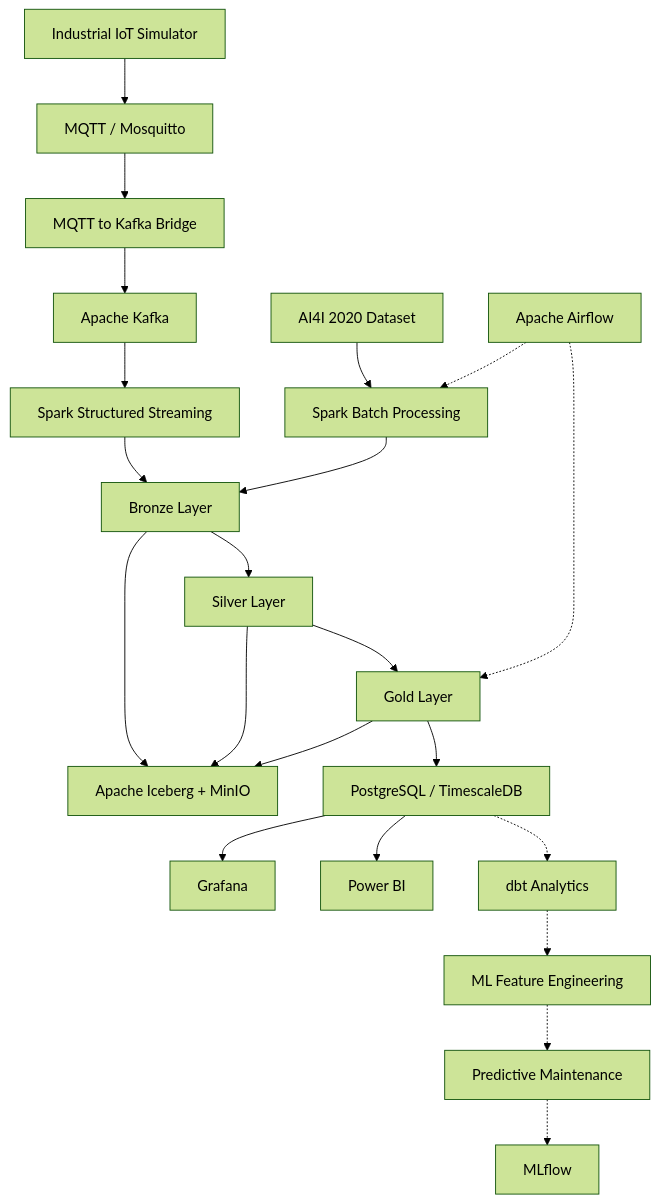
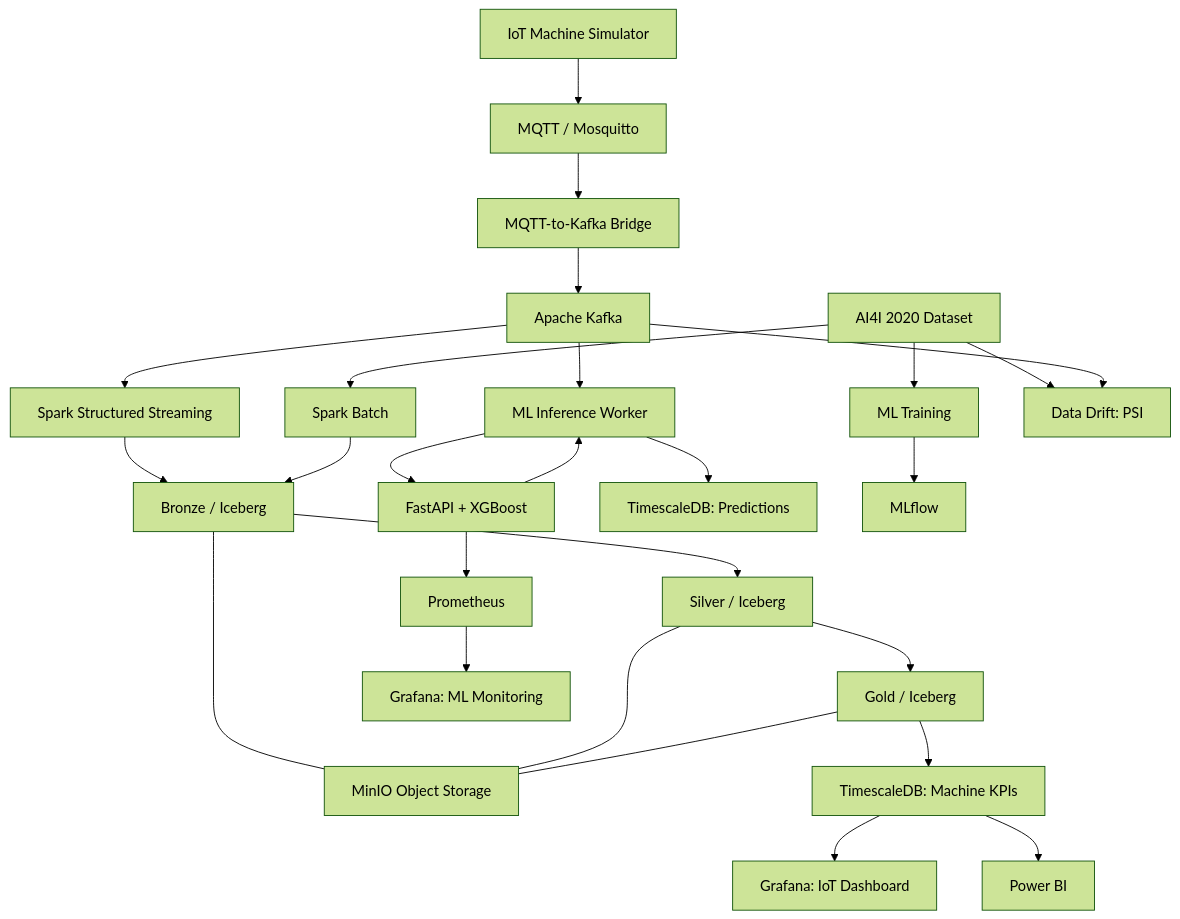
The diagram in README.md (oumaymazerrik/IndustryPulse-Industrial-IoT-Data-Platform), drawn with Mermaid (forest theme) before and after one commit. The commit also changed other lines of this file, not shown here.

````diff
--- a/README.md
+++ b/README.md
@@ -49,32 +18,28 @@
 ```mermaid
 flowchart TD
-    A["Industrial IoT Simulator"] --> B["MQTT / Mosquitto"]
-    B --> C["MQTT to Kafka Bridge"]
-    C --> D["Apache Kafka"]
-    D --> E["Spark Structured Streaming"]
-
-    F["AI4I 2020 Dataset"] --> G["Spark Batch Processing"]
-
-    E --> H["Bronze Layer"]
+    A[IoT Machine Simulator] --> B[MQTT / Mosquitto]
+    B --> C[MQTT-to-Kafka Bridge]
+    C --> D[Apache Kafka]
+    D --> E[Spark Structured Streaming]
+    F[AI4I 2020 Dataset] --> G[Spark Batch]
+    E --> H[Bronze / Iceberg]
     G --> H
-
-    H --> I["Silver Layer"]
-    I --> J["Gold Layer"]
-
-    H --> K["Apache Iceberg + MinIO"]
-    I --> K
-    J --> K
-
-    J --> L["PostgreSQL / TimescaleDB"]
-
-    L --> M["Grafana"]
-    L --> N["Power BI"]
-
-    L -.-> O["dbt Analytics"]
-    O -.-> P["ML Feature Engineering"]
-    P -.-> Q["Predictive Maintenance"]
-    Q -.-> R["MLflow"]
-
-    S["Apache Airflow"] -.-> G
-    S -.-> J
+    H --> I[Silver / Iceberg]
+    I --> J[Gold / Iceberg]
+    H --- K[MinIO Object Storage]
+    I --- K
+    J --- K
+    J --> L[TimescaleDB: Machine KPIs]
+    L --> M[Grafana: IoT Dashboard]
+    L --> N[Power BI]
+    D --> O[ML Inference Worker]
+    O --> P[FastAPI + XGBoost]
+    P --> O
+    O --> Q[TimescaleDB: Predictions]
+    P --> R[Prometheus]
+    R --> S[Grafana: ML Monitoring]
+    F --> T[ML Training]
+    T --> U[MLflow]
+    F --> V[Data Drift: PSI]
+    D --> V
 ```
````
